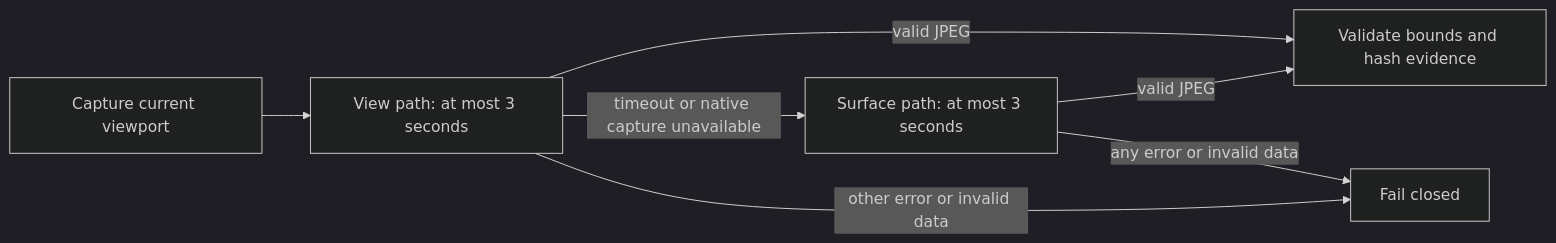
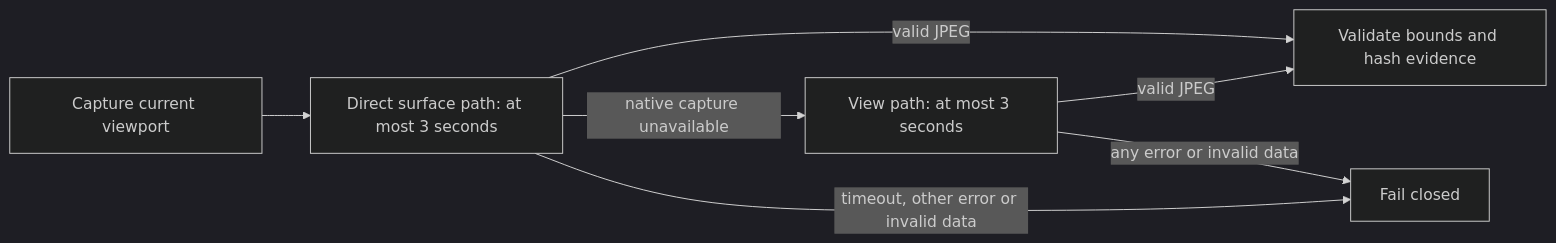
Before and after one commit to kieransimkin/potbot: the diagram in docs/implementation/u00-roadmap-inventory.md, drawn with Mermaid (dark theme). The commit also changed other lines of this file and 3 other files, not shown here.

Commit message:
Capture the compositor surface first and never overlap timed-out reads

````diff
--- a/docs/implementation/u00-roadmap-inventory.md
+++ b/docs/implementation/u00-roadmap-inventory.md
@@ -156,9 +156,9 @@
 ```mermaid
 flowchart LR
-    A[Capture current viewport] --> B[View path: at most 3 seconds]
+    A[Capture current viewport] --> B[Direct surface path: at most 3 seconds]
     B -->|valid JPEG| D[Validate bounds and hash evidence]
-    B -->|timeout or native capture unavailable| C[Surface path: at most 3 seconds]
+    B -->|native capture unavailable| C[View path: at most 3 seconds]
     C -->|valid JPEG| D
-    B -->|other error or invalid data| E[Fail closed]
+    B -->|timeout, other error or invalid data| E[Fail closed]
     C -->|any error or invalid data| E
 ```
````
